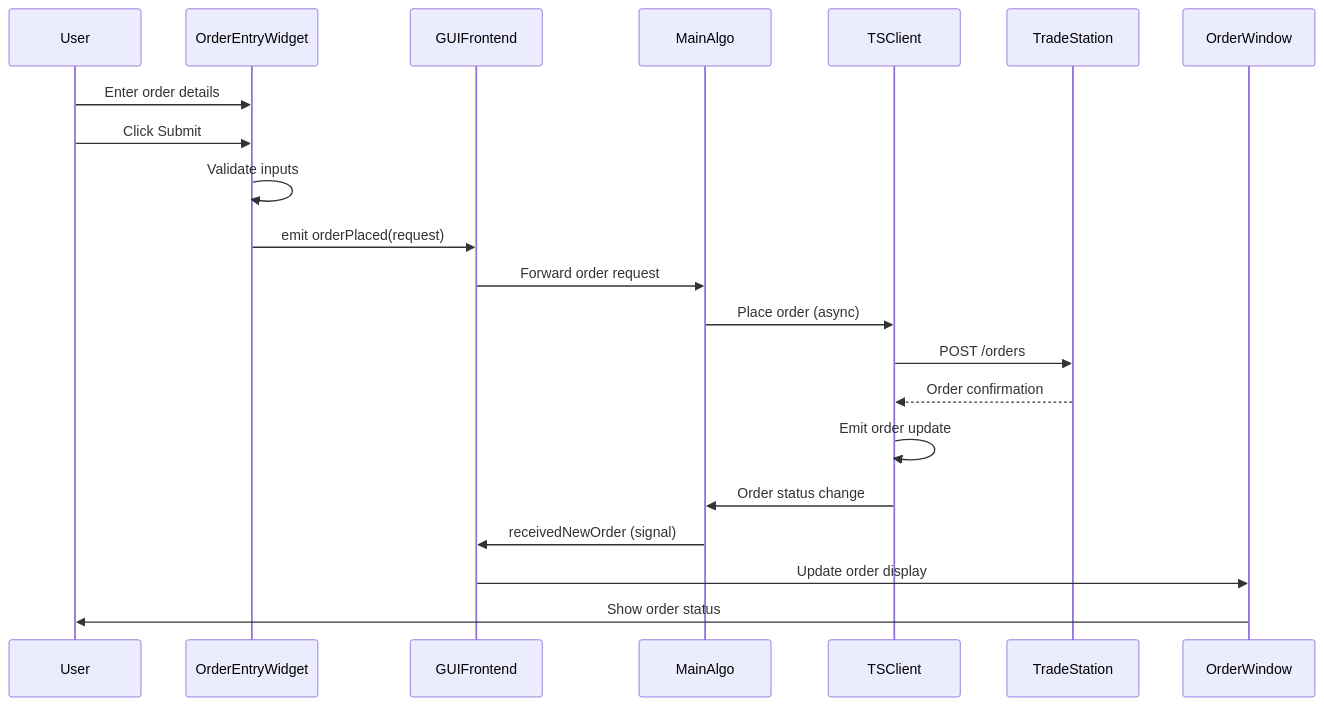
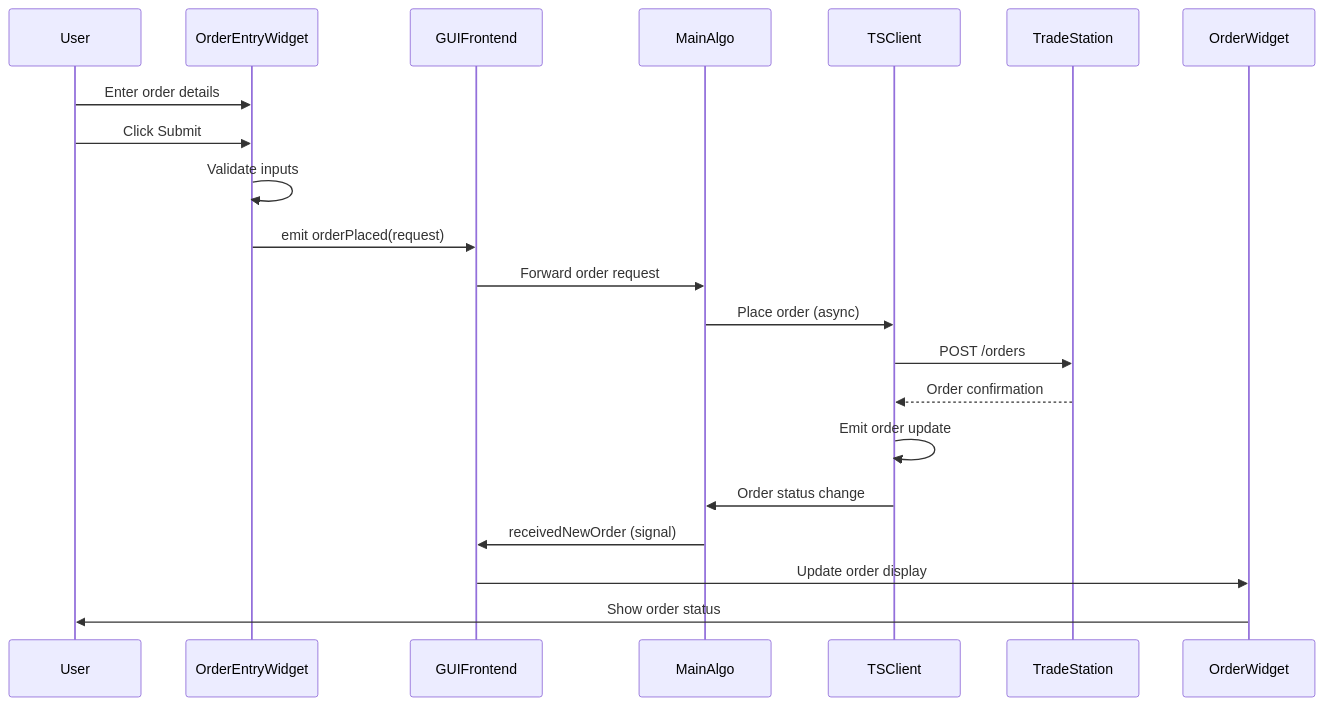
The fourth of 4 diagrams in Doc/ARCHITECTURE.md (simonbeaudoin0935/OpenTraderPlatform), drawn with Mermaid before and after one commit. The commit also changed other lines of this file and 14 other files, not shown here.

First line of the commit message:
Rename Windows/ → Widgets/ and *Window → *Widget

````diff
--- a/Doc/ARCHITECTURE.md
+++ b/Doc/ARCHITECTURE.md
@@ -527,23 +527,23 @@
 ```mermaid
 sequenceDiagram
     participant User
     participant OrderEntryWidget
     participant GUIFrontend
     participant MainAlgo
     participant TSClient
     participant TradeStation
 
     User->>OrderEntryWidget: Enter order details
     User->>OrderEntryWidget: Click Submit
     OrderEntryWidget->>OrderEntryWidget: Validate inputs
     OrderEntryWidget->>GUIFrontend: emit orderPlaced(request)
     GUIFrontend->>MainAlgo: Forward order request
     MainAlgo->>TSClient: Place order (async)
     TSClient->>TradeStation: POST /orders
     TradeStation-->>TSClient: Order confirmation
     TSClient->>TSClient: Emit order update
     TSClient->>MainAlgo: Order status change
     MainAlgo->>GUIFrontend: receivedNewOrder (signal)
-    GUIFrontend->>OrderWindow: Update order display
-    OrderWindow->>User: Show order status
+    GUIFrontend->>OrderWidget: Update order display
+    OrderWidget->>User: Show order status
 ```
````
